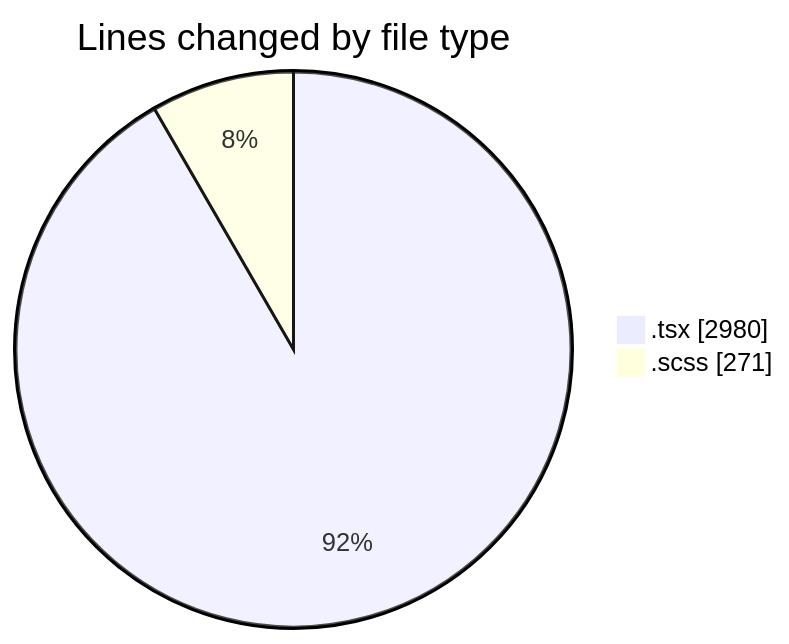
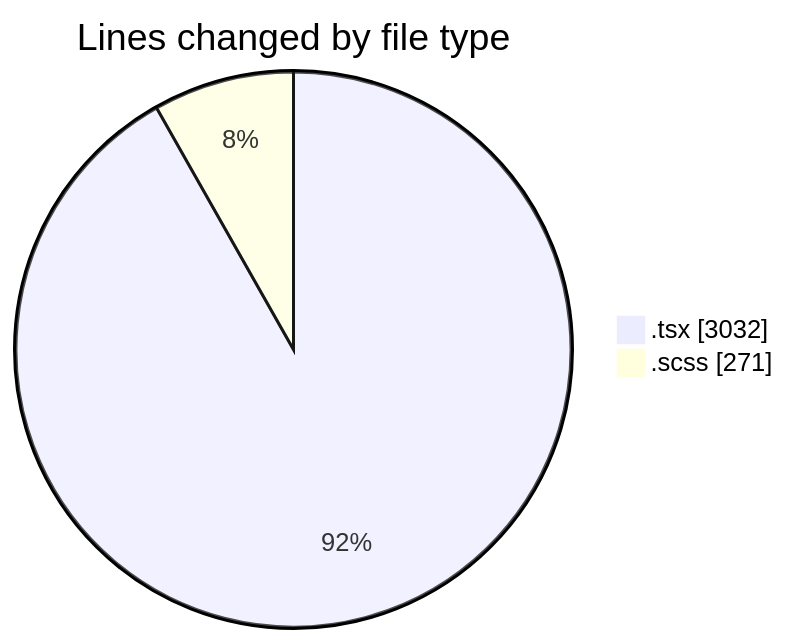
Before and after one commit to momahboobian/code-tracking: the first of 2 diagrams in 2025-11-18/cda/README.md, drawn with Mermaid. The commit also changed other lines of this file and 1 other file, not shown here.

````diff
--- a/2025-11-18/cda/README.md
+++ b/2025-11-18/cda/README.md
@@ -25,6 +26,6 @@
 ```mermaid
 pie showData
 title Lines changed by file type
-".tsx" : 2980
+".tsx" : 3032
 ".scss" : 271
 ```
````
